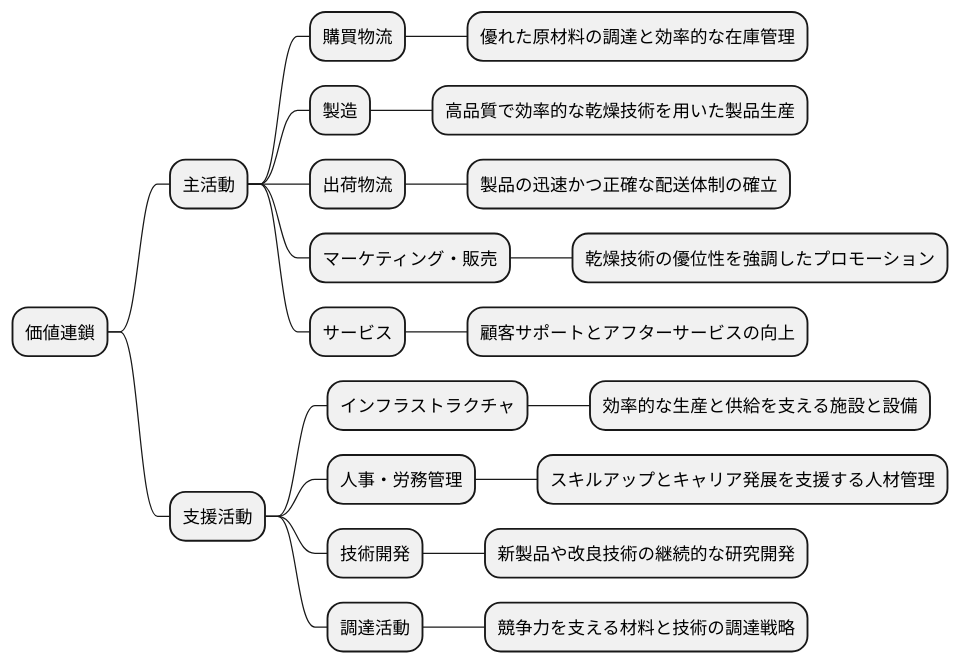
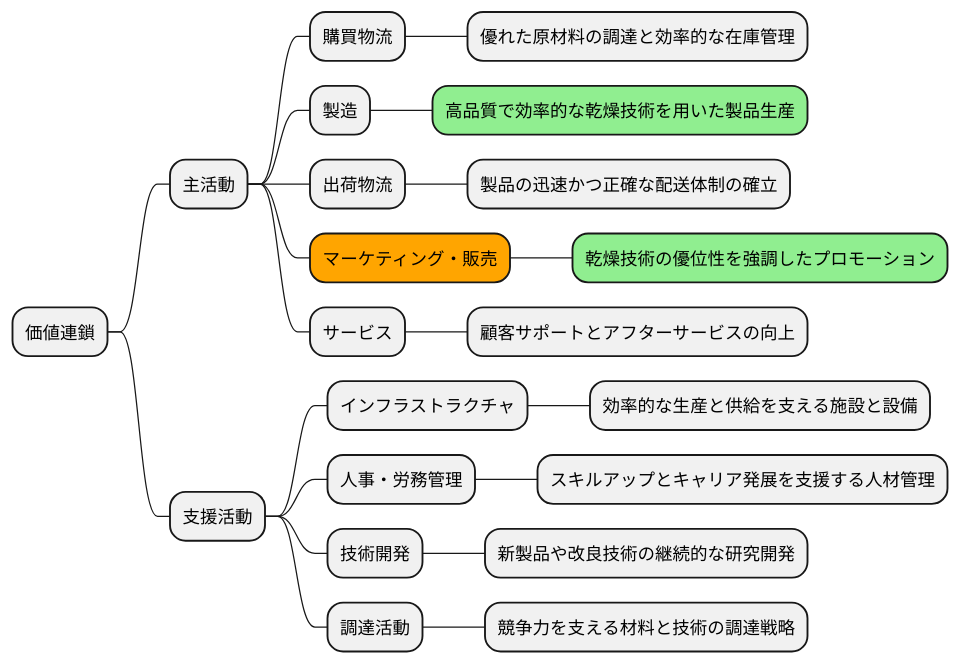
Before and after one commit to k2works/case-sutudy-business-analysis: the tenth of 16 diagrams in docs/case/r01_case_1.adoc, drawn with PlantUML. The commit also changed other lines of this file, not shown here.

```diff
--- a/docs/case/r01_case_1.adoc
+++ b/docs/case/r01_case_1.adoc
@@ -287,29 +312,28 @@
 [plantuml]
 ----
 @startmindmap
 
 * 価値連鎖
 ** 主活動
 *** 購買物流
 **** 優れた原材料の調達と効率的な在庫管理
 *** 製造
-**** 高品質で効率的な乾燥技術を用いた製品生産
+****[#lightgreen] 高品質で効率的な乾燥技術を用いた製品生産
 *** 出荷物流
 **** 製品の迅速かつ正確な配送体制の確立
-*** マーケティング・販売
-**** 乾燥技術の優位性を強調したプロモーション
+***[#orange] マーケティング・販売
+****[#lightgreen] 乾燥技術の優位性を強調したプロモーション
 *** サービス
 **** 顧客サポートとアフターサービスの向上
-
 ** 支援活動
 *** インフラストラクチャ
 **** 効率的な生産と供給を支える施設と設備
 *** 人事・労務管理
 **** スキルアップとキャリア発展を支援する人材管理
 *** 技術開発
 **** 新製品や改良技術の継続的な研究開発
 *** 調達活動
 **** 競争力を支える材料と技術の調達戦略
 
 @endmindmap
 ----
```
